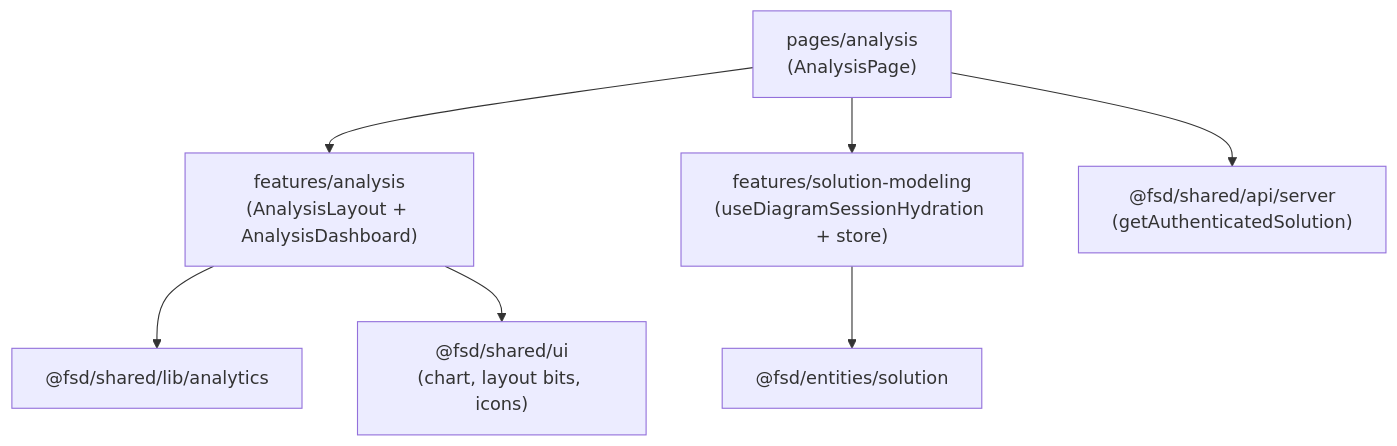
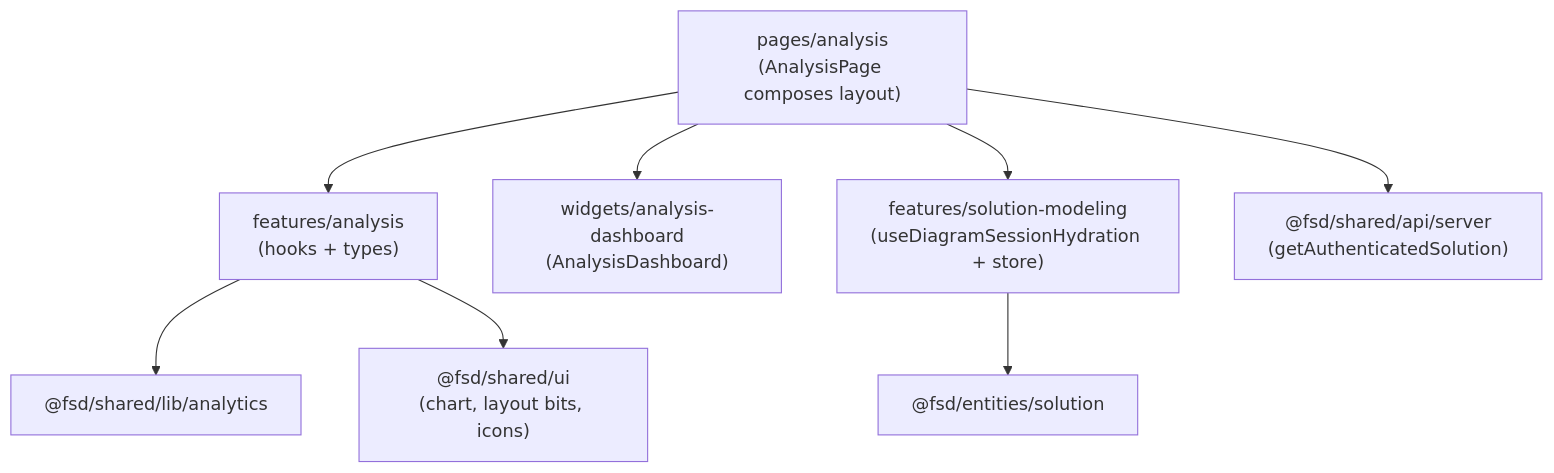
Before and after one commit to QOLQA/DBCapibara-next: the third of 9 diagrams in docs/architecture/frontend-fsd-architecture.md, drawn with Mermaid. The commit also changed other lines of this file and 18 other files, not shown here.

First line of the commit message:
refactor(fsd): analysis feature model/widgets split and dashboard renames

````diff
--- a/docs/architecture/frontend-fsd-architecture.md
+++ b/docs/architecture/frontend-fsd-architecture.md
@@ -175,10 +175,11 @@
 ```mermaid
 flowchart TB
-  pageAnalysis["pages/analysis\n(AnalysisPage)"] --> featAnalysis["features/analysis\n(AnalysisLayout + AnalysisDashboard)"]
+  pageAnalysis["pages/analysis\n(AnalysisPage composes layout)"] --> featAnalysis["features/analysis\n(hooks + types)"]
+  pageAnalysis --> widgetAnalysisDash["widgets/analysis-dashboard\n(AnalysisDashboard)"]
   pageAnalysis --> featSolutionModeling["features/solution-modeling\n(useDiagramSessionHydration + store)"]
   pageAnalysis --> sharedApiServer["@fsd/shared/api/server\n(getAuthenticatedSolution)"]
 
   featAnalysis --> sharedLibAnalytics["@fsd/shared/lib/analytics"]
   featAnalysis --> sharedUi["@fsd/shared/ui\n(chart, layout bits, icons)"]
   featSolutionModeling --> entSolution["@fsd/entities/solution"]
 ```
````
